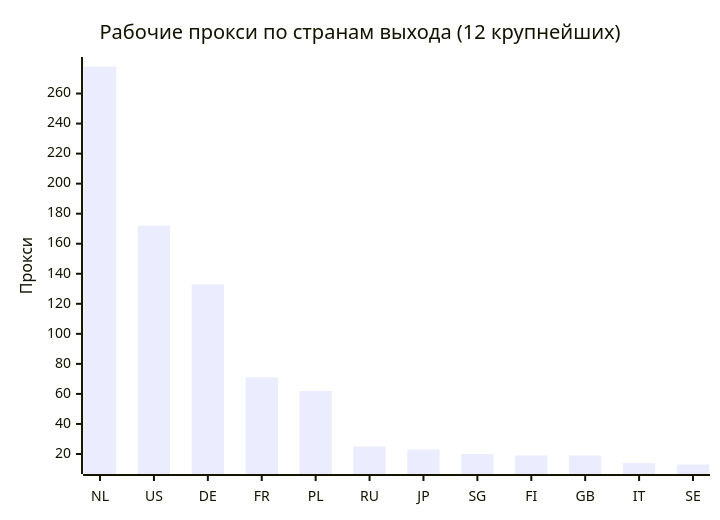
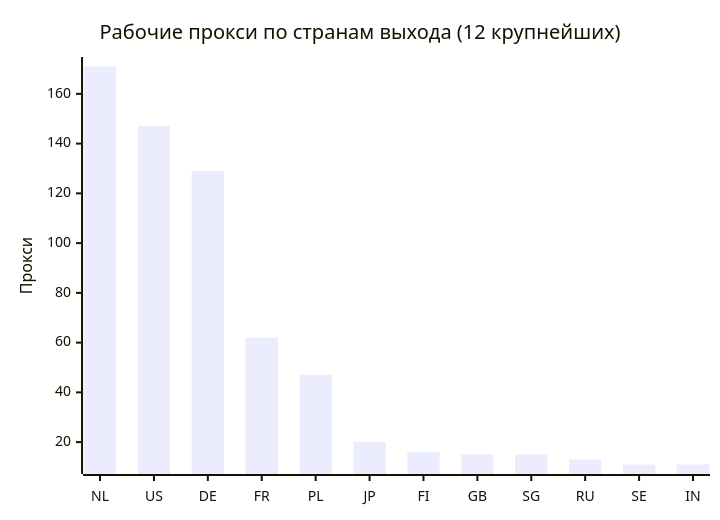
One commit to rvvg/proxy-subs changed the second of 4 diagrams in README.md. Above: the diagram before and after it, drawn with Mermaid. The commit also changed other lines of this file and 68 other files, not shown here.

````diff
--- a/README.md
+++ b/README.md
@@ -150,7 +133,7 @@
 ```mermaid
 xychart-beta
     title "Рабочие прокси по странам выхода (12 крупнейших)"
-    x-axis ["NL", "US", "DE", "FR", "PL", "RU", "JP", "SG", "FI", "GB", "IT", "SE"]
+    x-axis ["NL", "US", "DE", "FR", "PL", "JP", "FI", "GB", "SG", "RU", "SE", "IN"]
     y-axis "Прокси"
-    bar [278, 172, 133, 71, 62, 25, 23, 20, 19, 19, 14, 13]
+    bar [171, 147, 129, 62, 47, 20, 16, 15, 15, 13, 11, 11]
 ```
````
